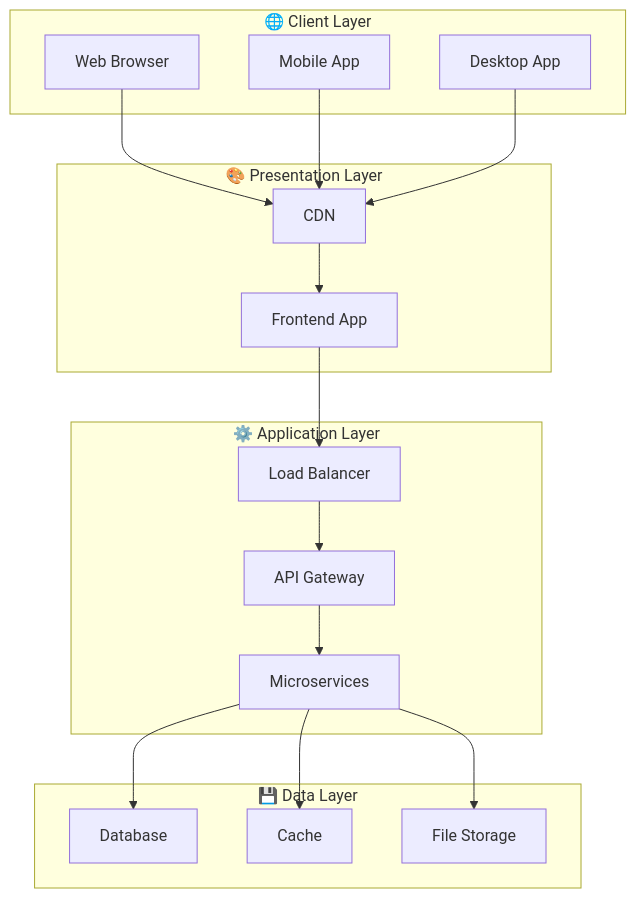
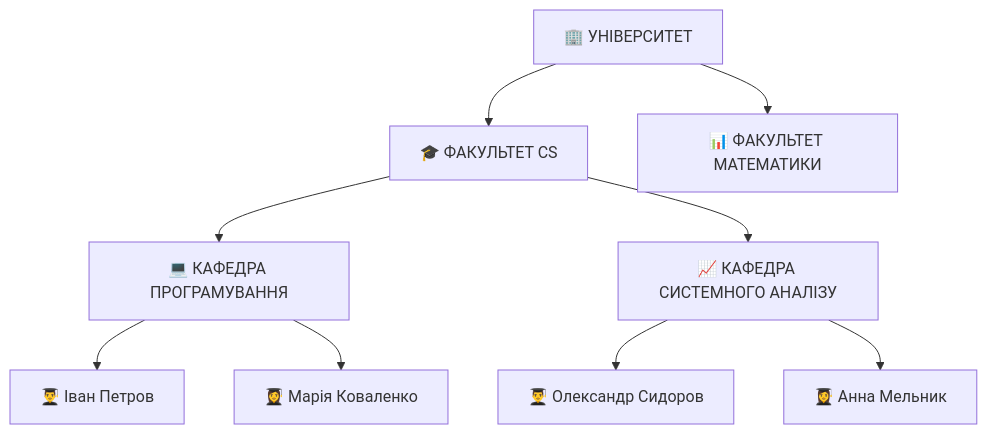
One commit to olroi421/course-bd changed the second of 10 diagrams in docs/presentations/presentation-01.md. Above: the diagram before and after it, drawn with Mermaid. The commit also changed other lines of this file, not shown here.

````diff
--- a/docs/presentations/presentation-01.md
+++ b/docs/presentations/presentation-01.md
@@ -41,36 +70,14 @@
 ```mermaid
-graph TB
-    subgraph "🌐 Client Layer"
-        A[Web Browser]
-        B[Mobile App]
-        C[Desktop App]
-    end
+graph TD
+    A[🏢 УНІВЕРСИТЕТ] --> B[🎓 ФАКУЛЬТЕТ CS]
+    A --> C[📊 ФАКУЛЬТЕТ МАТЕМАТИКИ]
 
-    subgraph "🎨 Presentation Layer"
-        D[CDN]
-        E[Frontend App]
-    end
+    B --> D[💻 КАФЕДРА ПРОГРАМУВАННЯ]
+    B --> E[📈 КАФЕДРА СИСТЕМНОГО АНАЛІЗУ]
 
-    subgraph "⚙️ Application Layer"
-        F[Load Balancer]
-        G[API Gateway]
-        H[Microservices]
-    end
+    D --> F[👨‍🎓 Іван Петров]
+    D --> G[👩‍🎓 Марія Коваленко]
 
-    subgraph "💾 Data Layer"
-        I[Database]
-        J[Cache]
-        K[File Storage]
-    end
-
-    A --> D
-    B --> D
-    C --> D
-    D --> E
-    E --> F
-    F --> G
-    G --> H
-    H --> I
-    H --> J
-    H --> K
+    E --> H[👨‍🎓 Олександр Сидоров]
+    E --> I[👩‍🎓 Анна Мельник]
 ```
````
